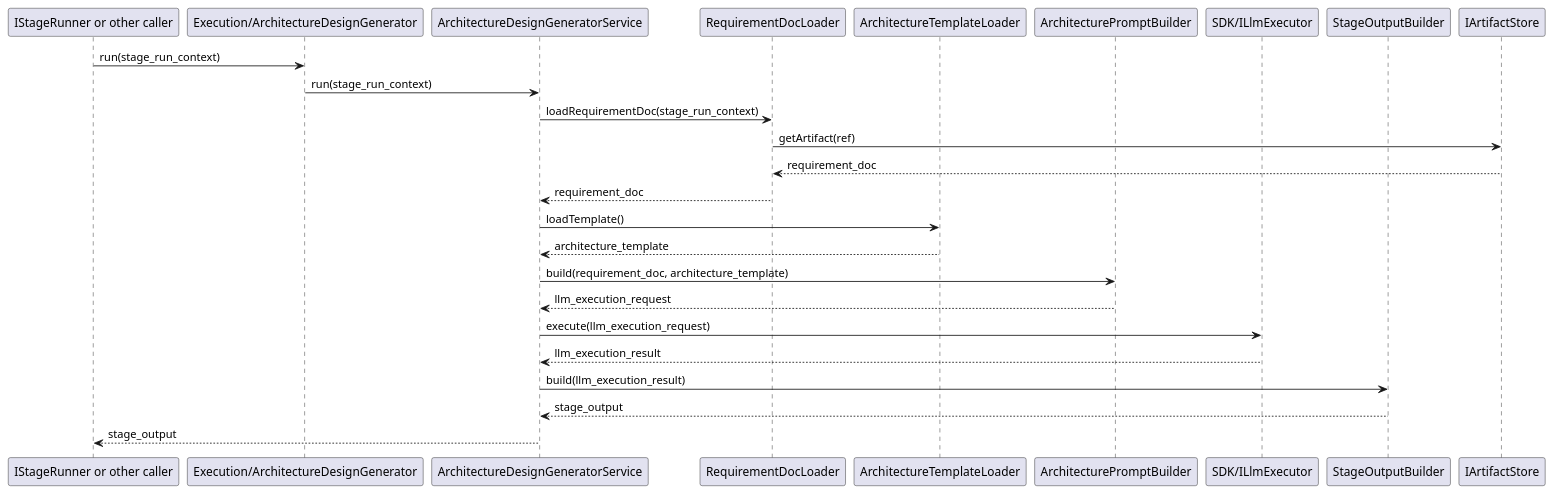
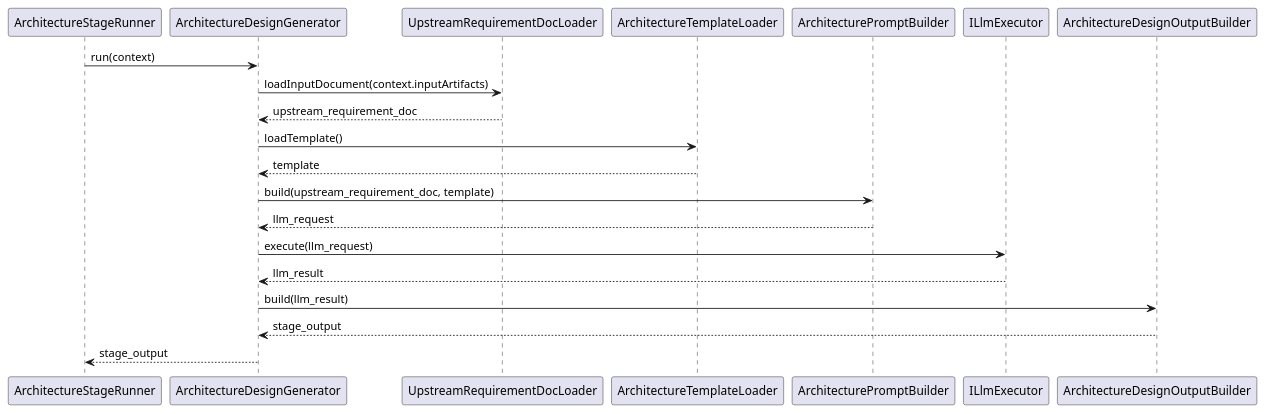
The second of 2 diagrams in meta_layer/docs/design_docs/Execution/ArchitectureDesignGenerator.md (lucky-chen/ai_workflow_travel), drawn with PlantUML before and after one commit. The commit also changed other lines of this file and 12 other files, not shown here.

First line of the commit message:
[AI] gpt-5.4: align stage pipeline document io flow

````diff
--- a/meta_layer/docs/design_docs/Execution/ArchitectureDesignGenerator.md
+++ b/meta_layer/docs/design_docs/Execution/ArchitectureDesignGenerator.md
@@ -165,29 +71,24 @@
 ```plantuml
 @startuml
-participant Caller as "IStageRunner or other caller"
-participant ArchitectureDesignGenerator as "Execution/ArchitectureDesignGenerator"
-participant ArchitectureDesignGeneratorService
-participant RequirementDocLoader
+participant ArchitectureStageRunner
+participant ArchitectureDesignGenerator
+participant UpstreamRequirementDocLoader
 participant ArchitectureTemplateLoader
 participant ArchitecturePromptBuilder
-participant ILlmExecutor as "SDK/ILlmExecutor"
-participant StageOutputBuilder
-participant IArtifactStore
+participant ILlmExecutor
+participant ArchitectureDesignOutputBuilder
 
-Caller -> ArchitectureDesignGenerator: run(stage_run_context)
-ArchitectureDesignGenerator -> ArchitectureDesignGeneratorService: run(stage_run_context)
-ArchitectureDesignGeneratorService -> RequirementDocLoader: loadRequirementDoc(stage_run_context)
-RequirementDocLoader -> IArtifactStore: getArtifact(ref)
-IArtifactStore --> RequirementDocLoader: requirement_doc
-RequirementDocLoader --> ArchitectureDesignGeneratorService: requirement_doc
-ArchitectureDesignGeneratorService -> ArchitectureTemplateLoader: loadTemplate()
-ArchitectureTemplateLoader --> ArchitectureDesignGeneratorService: architecture_template
-ArchitectureDesignGeneratorService -> ArchitecturePromptBuilder: build(requirement_doc, architecture_template)
-ArchitecturePromptBuilder --> ArchitectureDesignGeneratorService: llm_execution_request
-ArchitectureDesignGeneratorService -> ILlmExecutor: execute(llm_execution_request)
-ILlmExecutor --> ArchitectureDesignGeneratorService: llm_execution_result
-ArchitectureDesignGeneratorService -> StageOutputBuilder: build(llm_execution_result)
-StageOutputBuilder --> ArchitectureDesignGeneratorService: stage_output
-ArchitectureDesignGeneratorService --> Caller: stage_output
+ArchitectureStageRunner -> ArchitectureDesignGenerator: run(context)
+ArchitectureDesignGenerator -> UpstreamRequirementDocLoader: loadInputDocument(context.inputArtifacts)
+UpstreamRequirementDocLoader --> ArchitectureDesignGenerator: upstream_requirement_doc
+ArchitectureDesignGenerator -> ArchitectureTemplateLoader: loadTemplate()
+ArchitectureTemplateLoader --> ArchitectureDesignGenerator: template
+ArchitectureDesignGenerator -> ArchitecturePromptBuilder: build(upstream_requirement_doc, template)
+ArchitecturePromptBuilder --> ArchitectureDesignGenerator: llm_request
+ArchitectureDesignGenerator -> ILlmExecutor: execute(llm_request)
+ILlmExecutor --> ArchitectureDesignGenerator: llm_result
+ArchitectureDesignGenerator -> ArchitectureDesignOutputBuilder: build(llm_result)
+ArchitectureDesignOutputBuilder --> ArchitectureDesignGenerator: stage_output
+ArchitectureDesignGenerator --> ArchitectureStageRunner: stage_output
 @enduml
 ```
````
